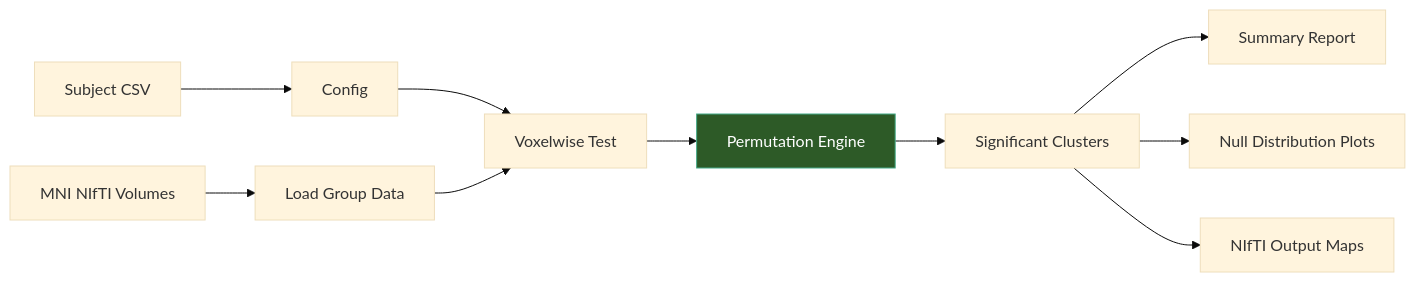
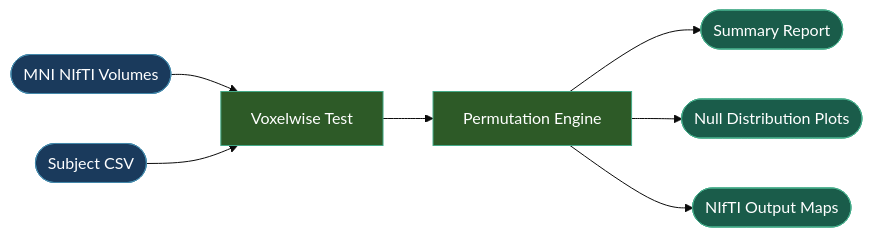
Before and after one commit to idossha/TI-Toolbox: the diagram in docs/api_mkdocs/docs/pipeline/statistics.md, drawn with Mermaid (base theme). The commit also changed 9 other files, not shown here.

First line of the commit message:
docs: standardize mermaid diagram color scheme, shapes, and I/O logic (#86)

````diff
--- a/docs/api_mkdocs/docs/pipeline/statistics.md
+++ b/docs/api_mkdocs/docs/pipeline/statistics.md
@@ -5,13 +5,16 @@
 ```mermaid
 graph LR
-    NIFTI[MNI NIfTI Volumes] --> LOAD[Load Group Data]
-    CSV[Subject CSV] --> CFG[Config]
-    CFG --> TEST[Voxelwise Test]
-    LOAD --> TEST
+    NIFTI([MNI NIfTI Volumes]) --> TEST[Voxelwise Test]
+    CSV([Subject CSV]) --> TEST
     TEST --> PERM[Permutation Engine]
-    PERM --> SIG[Significant Clusters]
-    SIG --> REPORT[Summary Report]
-    SIG --> PLOTS[Null Distribution Plots]
-    SIG --> MAPS[NIfTI Output Maps]
+    PERM --> REPORT([Summary Report])
+    PERM --> PLOTS([Null Distribution Plots])
+    PERM --> MAPS([NIfTI Output Maps])
+    style NIFTI fill:#1a3a5c,stroke:#48a,color:#fff
+    style CSV fill:#1a3a5c,stroke:#48a,color:#fff
+    style TEST fill:#2d5a27,stroke:#4a8,color:#fff
     style PERM fill:#2d5a27,stroke:#4a8,color:#fff
+    style REPORT fill:#1a5c4a,stroke:#4a8,color:#fff
+    style PLOTS fill:#1a5c4a,stroke:#4a8,color:#fff
+    style MAPS fill:#1a5c4a,stroke:#4a8,color:#fff
 ```
````
